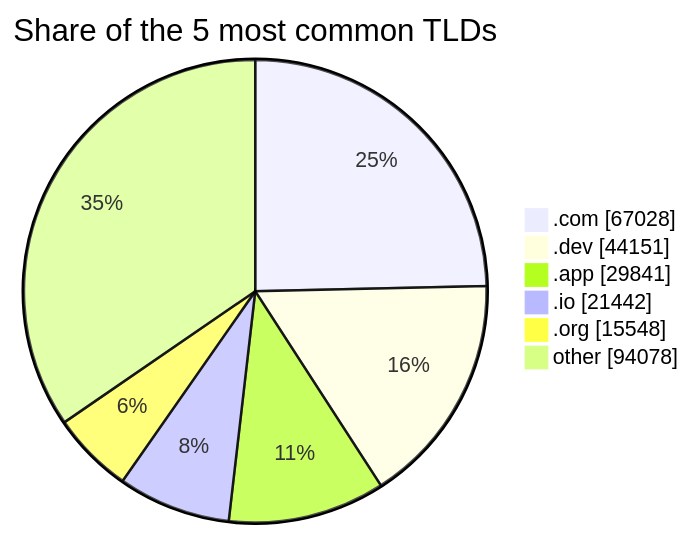
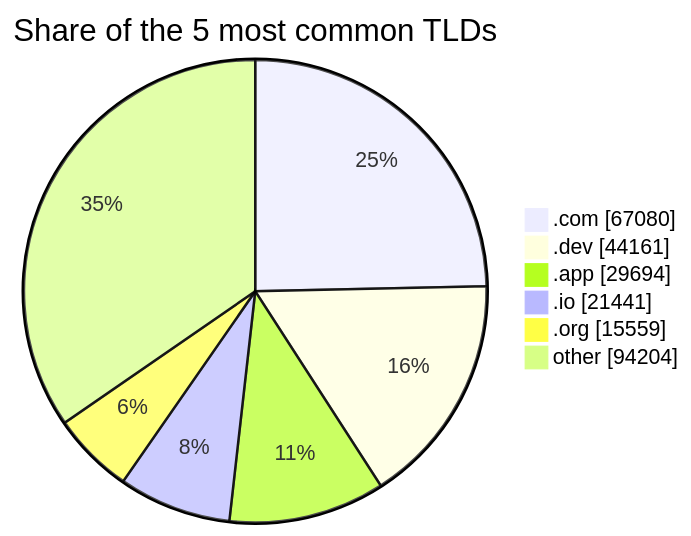
One commit to DNSBunker/CTI changed the third of 3 diagrams in README.md. Above: the diagram before and after it, drawn with Mermaid. The commit also changed other lines of this file and 3 other files, not shown here.

````diff
--- a/README.md
+++ b/README.md
@@ -72,9 +81,9 @@
 ```mermaid
 pie showData title Share of the 5 most common TLDs
-    ".com" : 67028
-    ".dev" : 44151
-    ".app" : 29841
-    ".io" : 21442
-    ".org" : 15548
-    "other" : 94078
+    ".com" : 67080
+    ".dev" : 44161
+    ".app" : 29694
+    ".io" : 21441
+    ".org" : 15559
+    "other" : 94204
 ```
````
